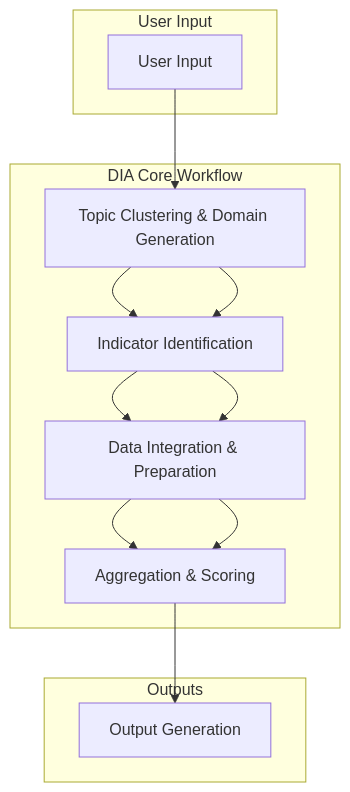
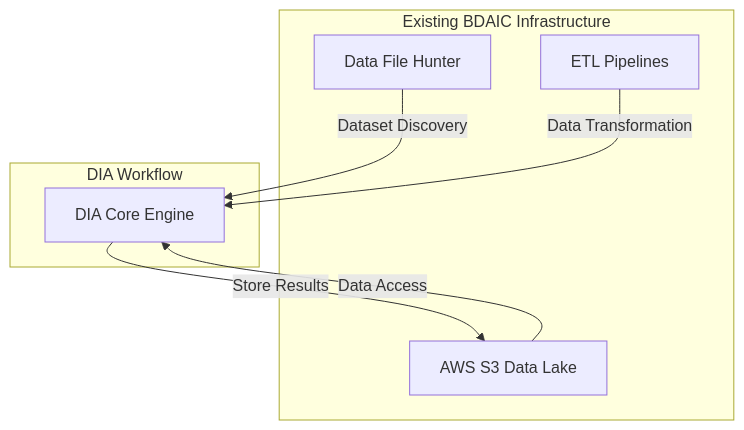
One commit to ZainAlsaadBelmontU/bdaic-dia-internal-workflow changed the first of 3 diagrams in README.md. Above: the diagram before and after it, drawn with Mermaid. The commit also changed other lines of this file, not shown here.

````diff
--- a/README.md
+++ b/README.md
@@ -58,21 +38,17 @@
 ```mermaid
 flowchart TD
-    A[User Input] --> B[Topic Clustering & Domain Generation]
-    B --> C[Indicator Identification]
-    C --> D[Data Integration & Preparation]
-    D --> E[Aggregation & Scoring]
-    E --> F[Output Generation]
-
-    subgraph "User Input"
-        A
+    subgraph "Existing BDAIC Infrastructure"
+        DFH[Data File Hunter]
+        S3[AWS S3 Data Lake]
+        ETL[ETL Pipelines]
     end
-
-    subgraph "DIA Core Workflow"
-        B --> C --> D --> E
+    
+    subgraph "DIA Workflow"
+        DIA[DIA Core Engine]
     end
-
-    subgraph "Outputs"
-        F
-    end
-
+    
+    DFH -->|Dataset Discovery| DIA
+    S3 -->|Data Access| DIA
+    ETL -->|Data Transformation| DIA
+    DIA -->|Store Results| S3
 ```
````
